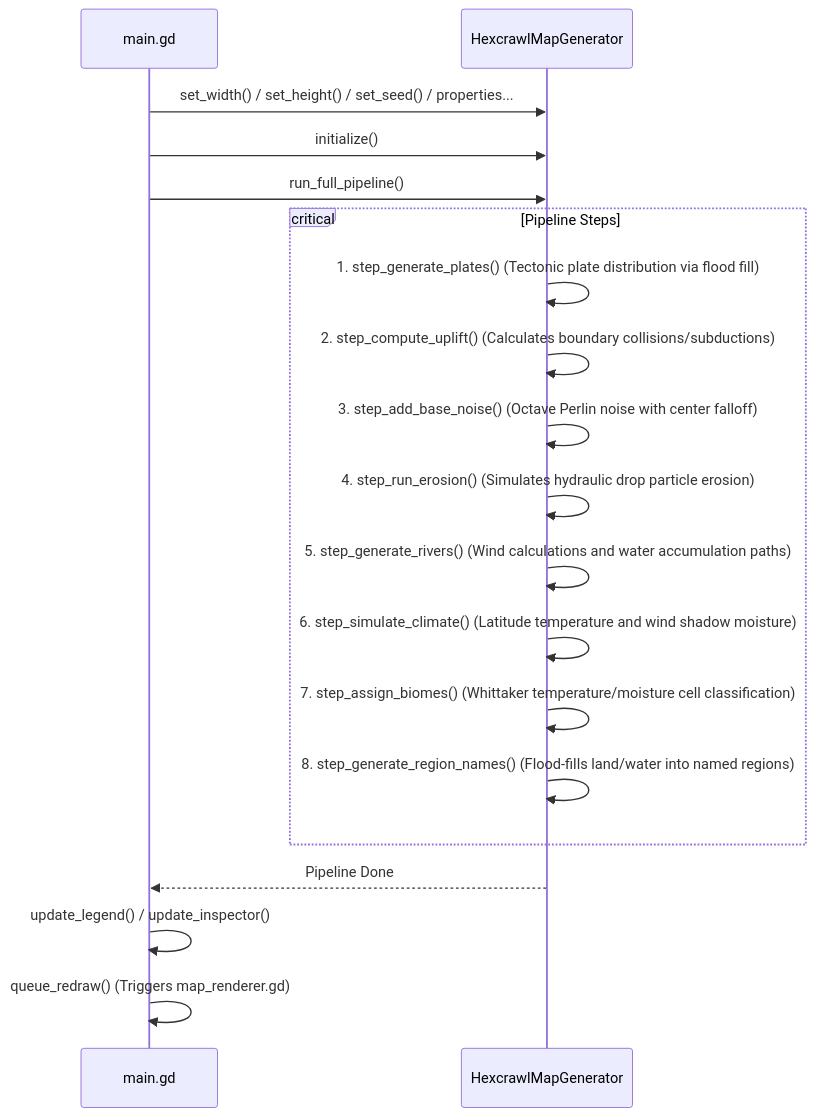
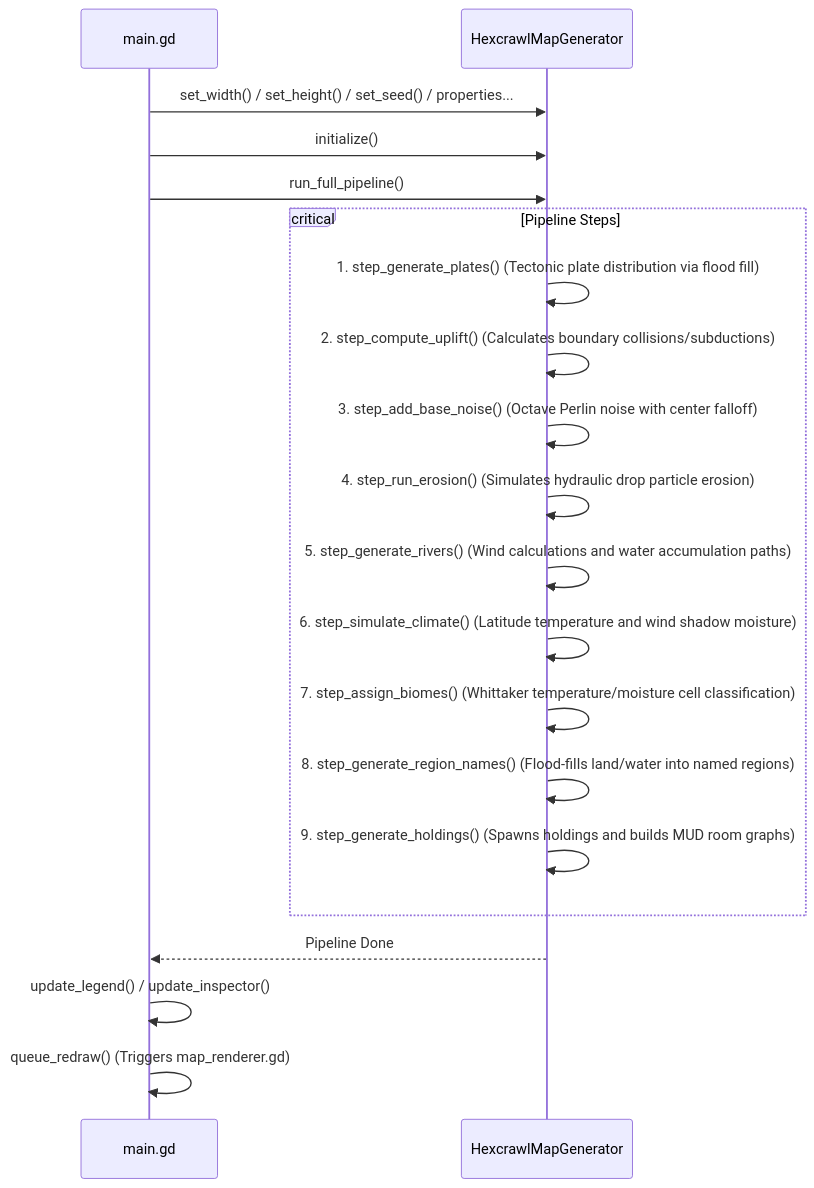
The second of 2 diagrams in GRAPH_KNOWLEDGE.md (chryote/hextile), drawn with Mermaid before and after one commit. The commit also changed other lines of this file and 8 other files, not shown here.

````diff
--- a/GRAPH_KNOWLEDGE.md
+++ b/GRAPH_KNOWLEDGE.md
@@ -136,24 +160,25 @@
 ```mermaid
 sequenceDiagram
     participant GDScript as main.gd
     participant Gen as HexcrawlMapGenerator
     
     GDScript->>Gen: set_width() / set_height() / set_seed() / properties...
     GDScript->>Gen: initialize()
     GDScript->>Gen: run_full_pipeline()
     
     critical Pipeline Steps
         Gen->>Gen: 1. step_generate_plates() (Tectonic plate distribution via flood fill)
         Gen->>Gen: 2. step_compute_uplift() (Calculates boundary collisions/subductions)
         Gen->>Gen: 3. step_add_base_noise() (Octave Perlin noise with center falloff)
         Gen->>Gen: 4. step_run_erosion() (Simulates hydraulic drop particle erosion)
         Gen->>Gen: 5. step_generate_rivers() (Wind calculations and water accumulation paths)
         Gen->>Gen: 6. step_simulate_climate() (Latitude temperature and wind shadow moisture)
         Gen->>Gen: 7. step_assign_biomes() (Whittaker temperature/moisture cell classification)
         Gen->>Gen: 8. step_generate_region_names() (Flood-fills land/water into named regions)
+        Gen->>Gen: 9. step_generate_holdings() (Spawns holdings and builds MUD room graphs)
     end
     
     Gen-->>GDScript: Pipeline Done
     GDScript->>GDScript: update_legend() / update_inspector()
     GDScript->>GDScript: queue_redraw() (Triggers map_renderer.gd)
 ```
````
